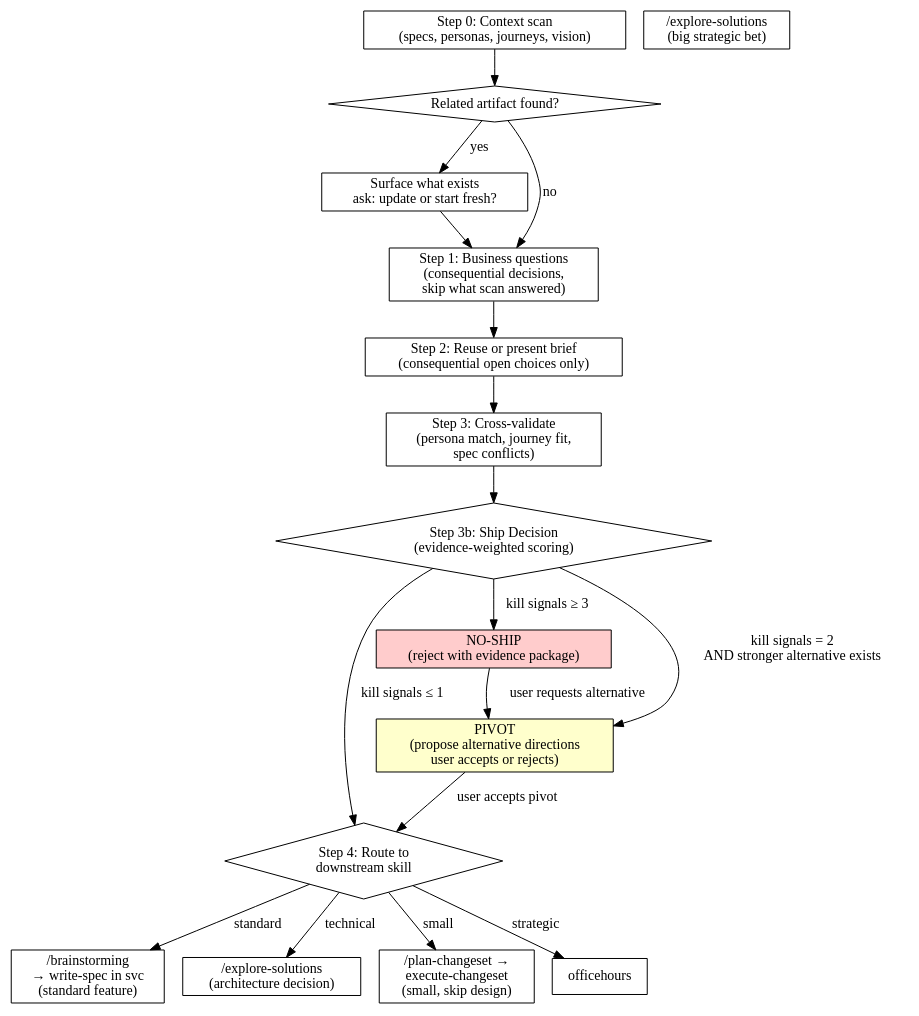
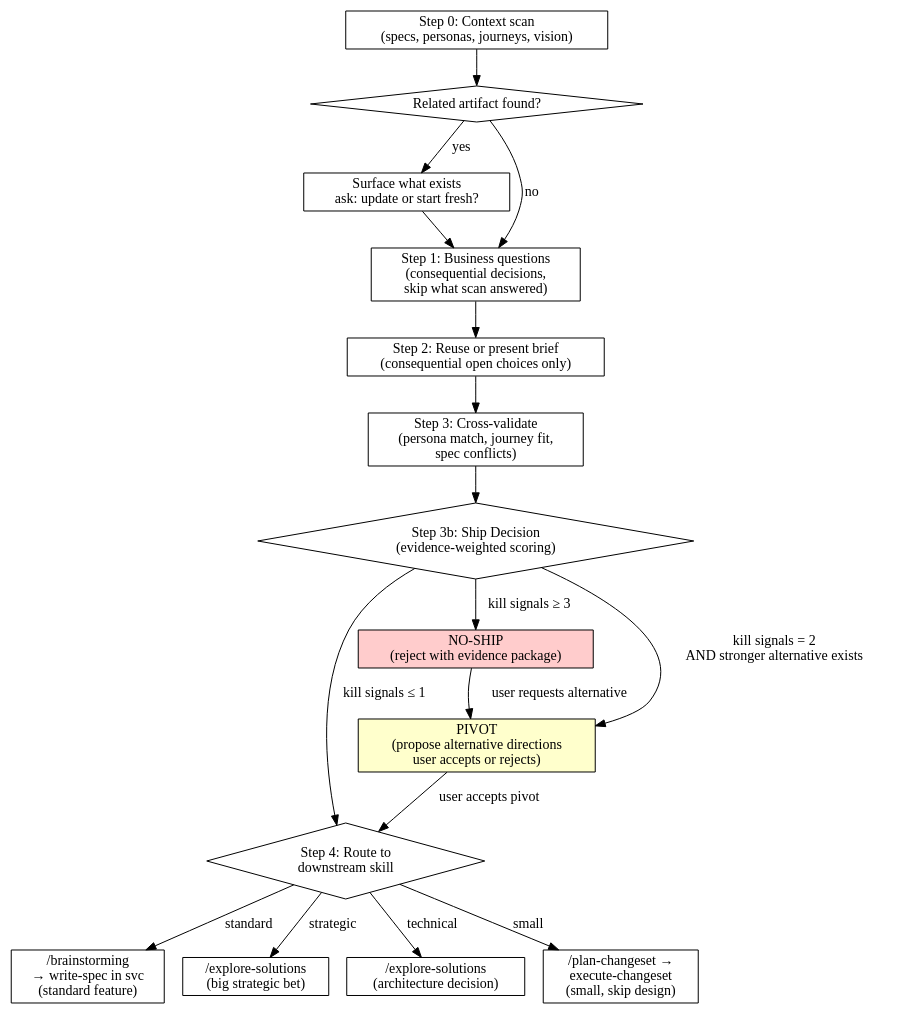
One commit to shipwithstef/ssve changed the diagram in skills/validate-feature/SKILL.md. Above: the diagram before and after it, drawn with Graphviz. The commit also changed other lines of this file and 13 other files, not shown here.

````diff
--- a/skills/validate-feature/SKILL.md
+++ b/skills/validate-feature/SKILL.md
@@ -119,39 +119,39 @@
 ```dot
 digraph feature_discovery {
     rankdir=TB;
     node [shape=box];
 
     scan [label="Step 0: Context scan\n(specs, personas, journeys, vision)"];
     existing [label="Related artifact found?" shape=diamond];
     surface [label="Surface what exists\nask: update or start fresh?"];
     questions [label="Step 1: Business questions\n(consequential decisions,\nskip what scan answered)"];
     brief [label="Step 2: Reuse or present brief\n(consequential open choices only)"];
     crossval [label="Step 3: Cross-validate\n(persona match, journey fit,\nspec conflicts)"];
     verdict [label="Step 3b: Ship Decision\n(evidence-weighted scoring)" shape=diamond];
     route [label="Step 4: Route to\ndownstream skill" shape=diamond];
 
     noship [label="NO-SHIP\n(reject with evidence package)" shape=box style=filled fillcolor="#ffcccc"];
     pivot [label="PIVOT\n(propose alternative directions\nuser accepts or rejects)" shape=box style=filled fillcolor="#ffffcc"];
     brainstorm [label="/brainstorming\n→ write-spec in svc\n(standard feature)"];
     strategicbet [label="/explore-solutions\n(big strategic bet)"];
     explorer [label="/explore-solutions\n(architecture decision)"];
     plans [label="/plan-changeset →\nexecute-changeset\n(small, skip design)"];
 
     scan -> existing;
     existing -> surface [label="yes"];
     existing -> questions [label="no"];
     surface -> questions;
     questions -> brief;
     brief -> crossval;
     crossval -> verdict;
     verdict -> noship [label="kill signals ≥ 3"];
     verdict -> pivot [label="kill signals = 2\nAND stronger alternative exists"];
     verdict -> route [label="kill signals ≤ 1"];
     noship -> pivot [label="user requests alternative"];
     pivot -> route [label="user accepts pivot"];
     route -> brainstorm [label="standard"];
-    route -> officehours [label="strategic"];
+    route -> strategicbet [label="strategic"];
     route -> explorer [label="technical"];
     route -> plans [label="small"];
 }
 ```
````
